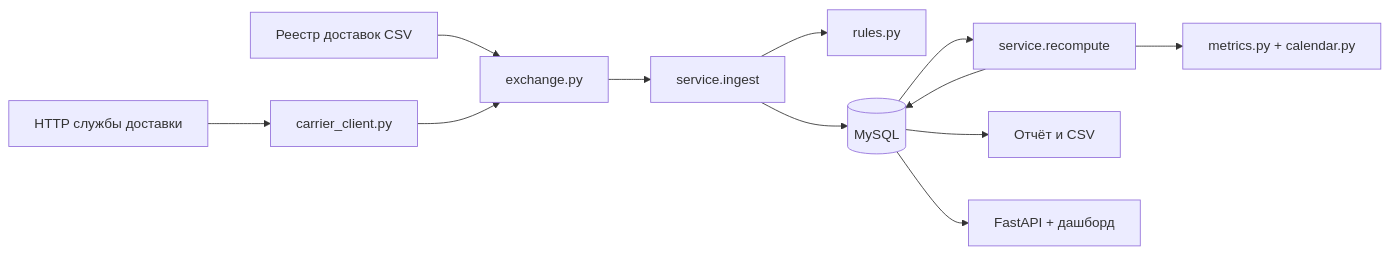
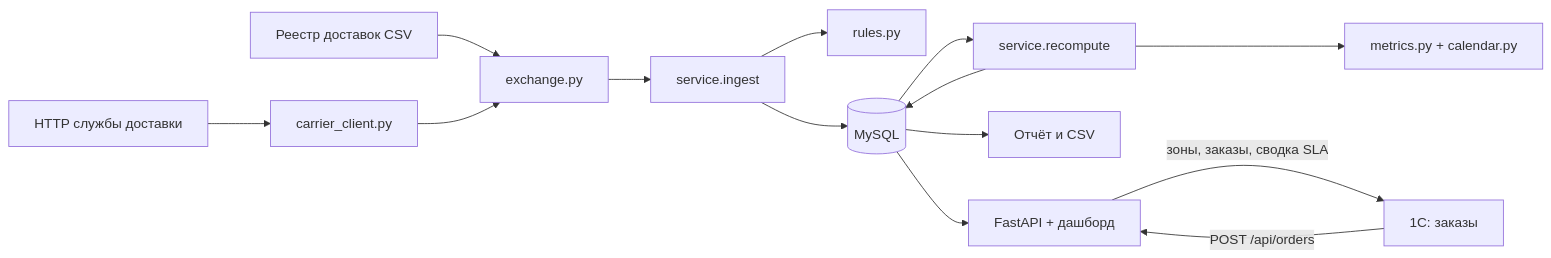
The first of 2 diagrams in README.md (Andrey-oss-max/delivery-sla), drawn with Mermaid before and after one commit. The commit also changed other lines of this file, not shown here.

````diff
--- a/README.md
+++ b/README.md
@@ -21,12 +23,14 @@
 ```mermaid
 flowchart LR
   CSV[Реестр доставок CSV] --> EX[exchange.py]
   HTTP[HTTP службы доставки] --> CL[carrier_client.py] --> EX
   EX --> SVC[service.ingest]
   SVC --> RULES[rules.py] 
   SVC --> REPO[(MySQL)]
   REPO --> RC[service.recompute] --> MET[metrics.py + calendar.py]
   RC --> REPO
   REPO --> CLI[Отчёт и CSV]
   REPO --> API[FastAPI + дашборд]
+  C1[1С: заказы] -- POST /api/orders --> API
+  API -- зоны, заказы, сводка SLA --> C1
 ```
````
